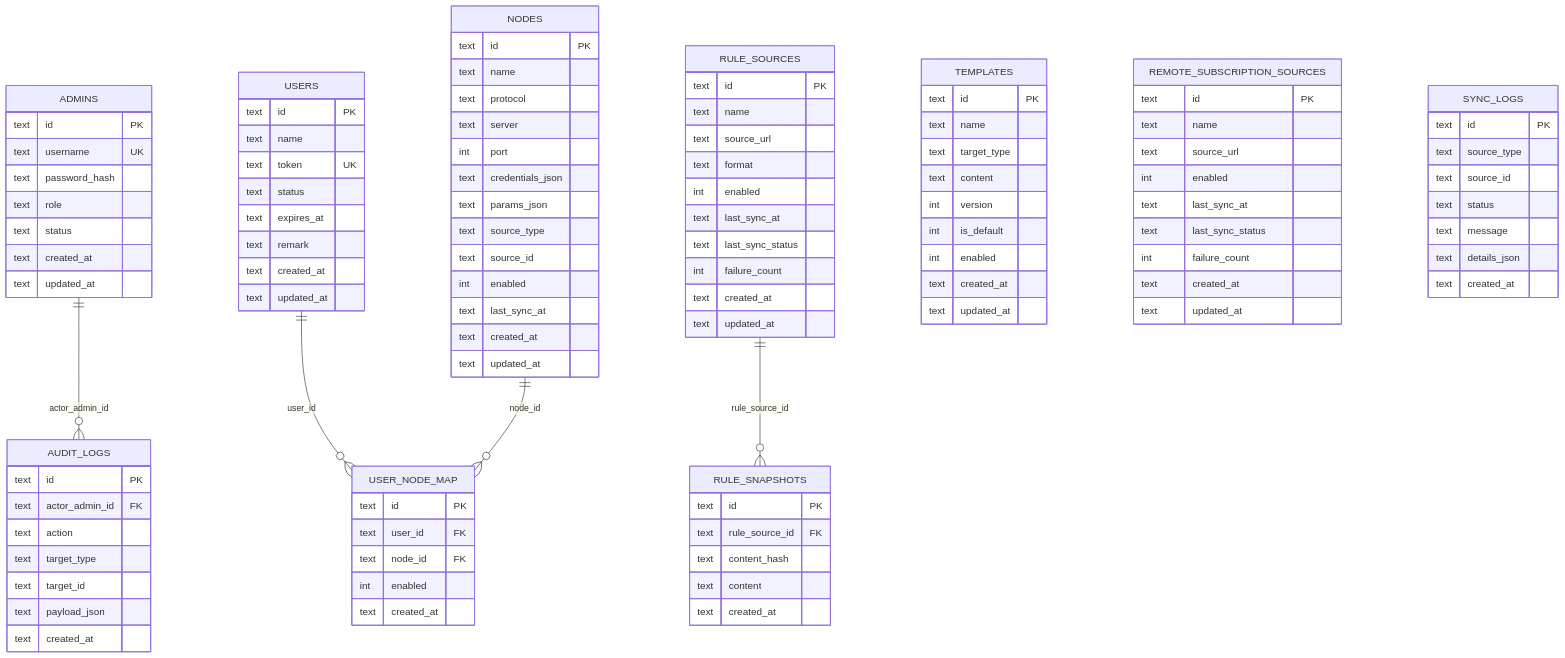
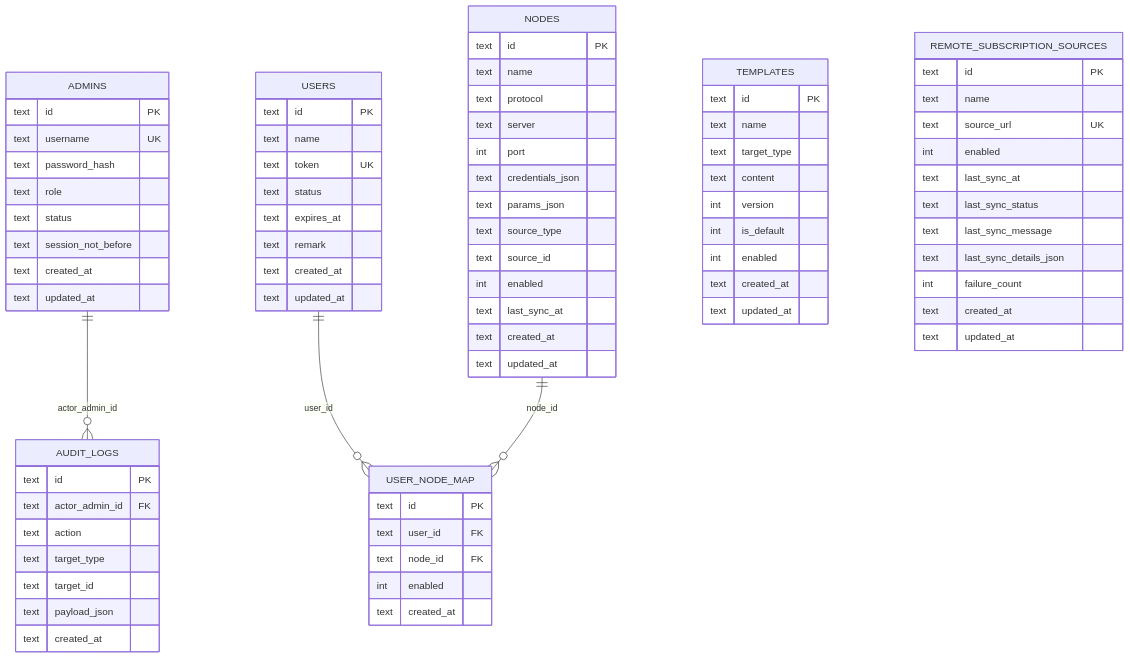
The fifth of 5 diagrams in docs/架构图与ER图.md (aliom-v/SubForge), drawn with Mermaid before and after one commit. The commit also changed other lines of this file and 29 other files, not shown here.

```diff
--- a/docs/架构图与ER图.md
+++ b/docs/架构图与ER图.md
@@ -163,7 +169,6 @@
   ADMINS ||--o{ AUDIT_LOGS : actor_admin_id
   USERS ||--o{ USER_NODE_MAP : user_id
   NODES ||--o{ USER_NODE_MAP : node_id
-  RULE_SOURCES ||--o{ RULE_SNAPSHOTS : rule_source_id
 
   ADMINS {
     text id PK
@@ -171,6 +176,7 @@
     text password_hash
     text role
     text status
+    text session_not_before
     text created_at
     text updated_at
   }
@@ -214,34 +220,15 @@
     text updated_at
   }
 
-  RULE_SOURCES {
+  REMOTE_SUBSCRIPTION_SOURCES {
     text id PK
     text name
-    text source_url
-    text format
+    text source_url UK
     int enabled
     text last_sync_at
     text last_sync_status
-    int failure_count
-    text created_at
-    text updated_at
-  }
-
-  RULE_SNAPSHOTS {
-    text id PK
-    text rule_source_id FK
-    text content_hash
-    text content
-    text created_at
-  }
-
-  REMOTE_SUBSCRIPTION_SOURCES {
-    text id PK
-    text name
-    text source_url
-    int enabled
-    text last_sync_at
-    text last_sync_status
+    text last_sync_message
+    text last_sync_details_json
     int failure_count
     text created_at
     text updated_at
@@ -255,16 +242,6 @@
     text created_at
   }
 
-  SYNC_LOGS {
-    text id PK
-    text source_type
-    text source_id
-    text status
-    text message
-    text details_json
-    text created_at
-  }
-
   AUDIT_LOGS {
     text id PK
     text actor_admin_id FK
```
